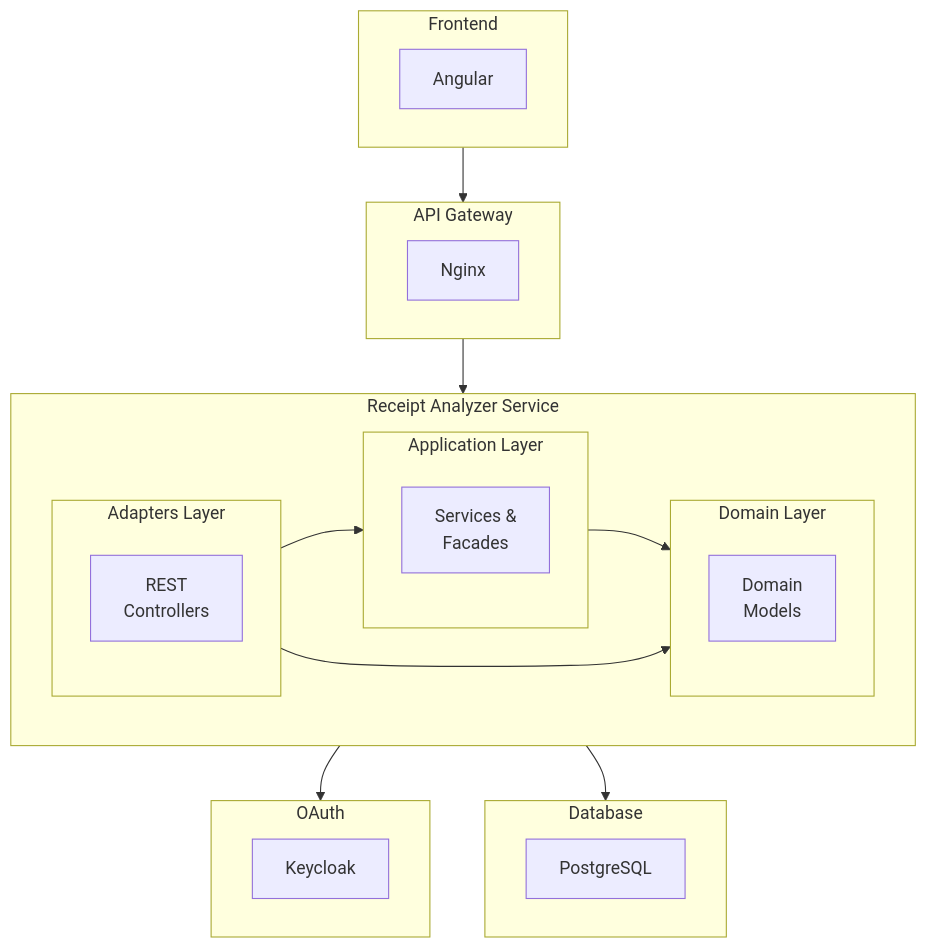
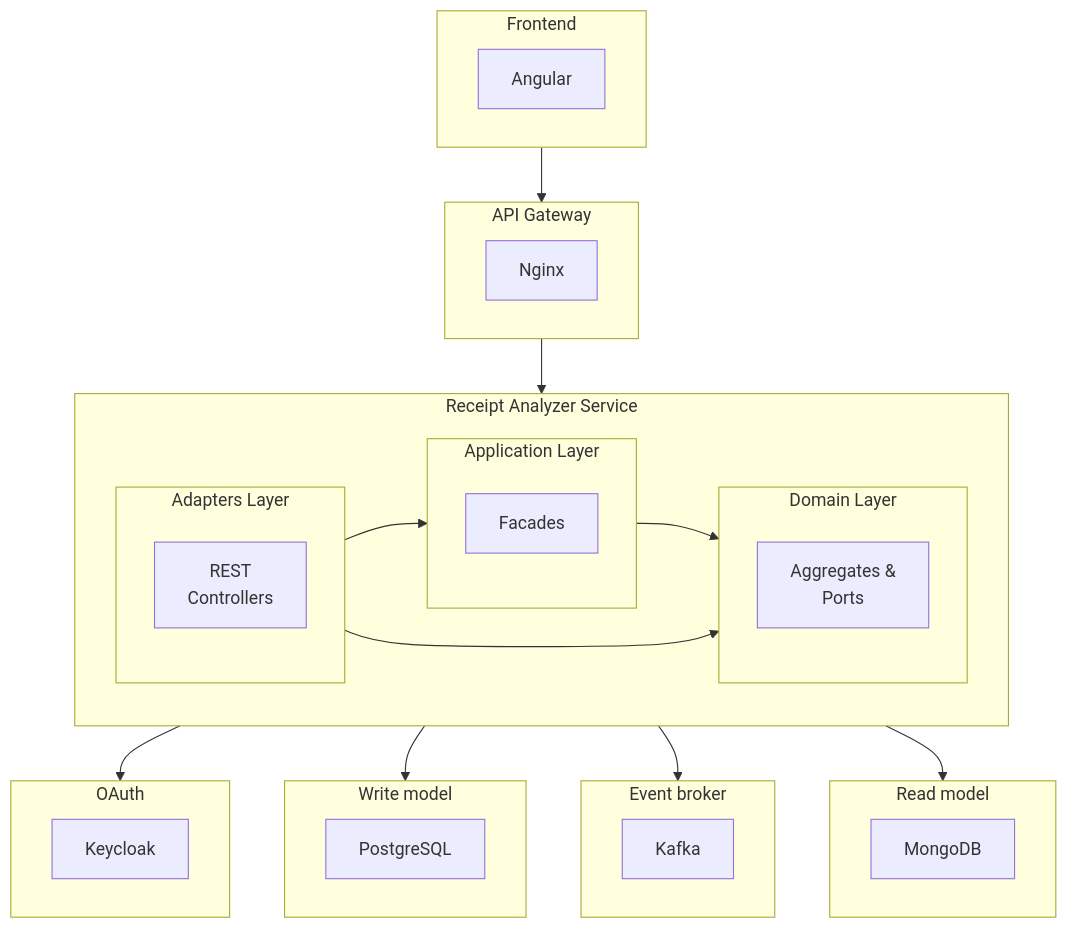
The diagram in README.MD (dmadzierski/receipt-analyzer), drawn with Mermaid before and after one commit. The commit also changed other lines of this file and 1 other file, not shown here.

````diff
--- a/README.MD
+++ b/README.MD
@@ -37,39 +43,48 @@
 ```mermaid
 ---
 config:
   layout: dagre
 ---
 flowchart TB
  subgraph Frontend["Frontend"]
         A["Angular"]
   end
  subgraph Gateway["API Gateway"]
         B["Nginx"]
   end
  subgraph Adapters["Adapters Layer"]
         C["REST<br>Controllers"]
   end
  subgraph Application["Application Layer"]
-        D["Services &amp;<br>Facades"]
+        D["Facades"]
   end
  subgraph Domain["Domain Layer"]
-        E["Domain<br>Models"]
+        E["Aggregates &amp;<br>Ports"]
   end
  subgraph Service["Receipt Analyzer Service"]
         Adapters
         Application
         Domain
   end
  subgraph OAuth["OAuth"]
         K["Keycloak"]
   end
- subgraph Database["Database"]
+ subgraph WriteModel["Write model"]
         L["PostgreSQL"]
   end
+ subgraph Broker["Event broker"]
+        M["Kafka"]
+  end
+ subgraph ReadModel["Read model"]
+        N["MongoDB"]
+  end
+    Frontend --> Gateway
     Gateway --> Service
-    Service --> OAuth & Database
-    Frontend --> Gateway
+    Service --> OAuth
+    Service --> WriteModel
+    Service --> Broker
+    Service --> ReadModel
     Adapters --> Application
     Application --> Domain
     Adapters --> Domain
 ```
````
